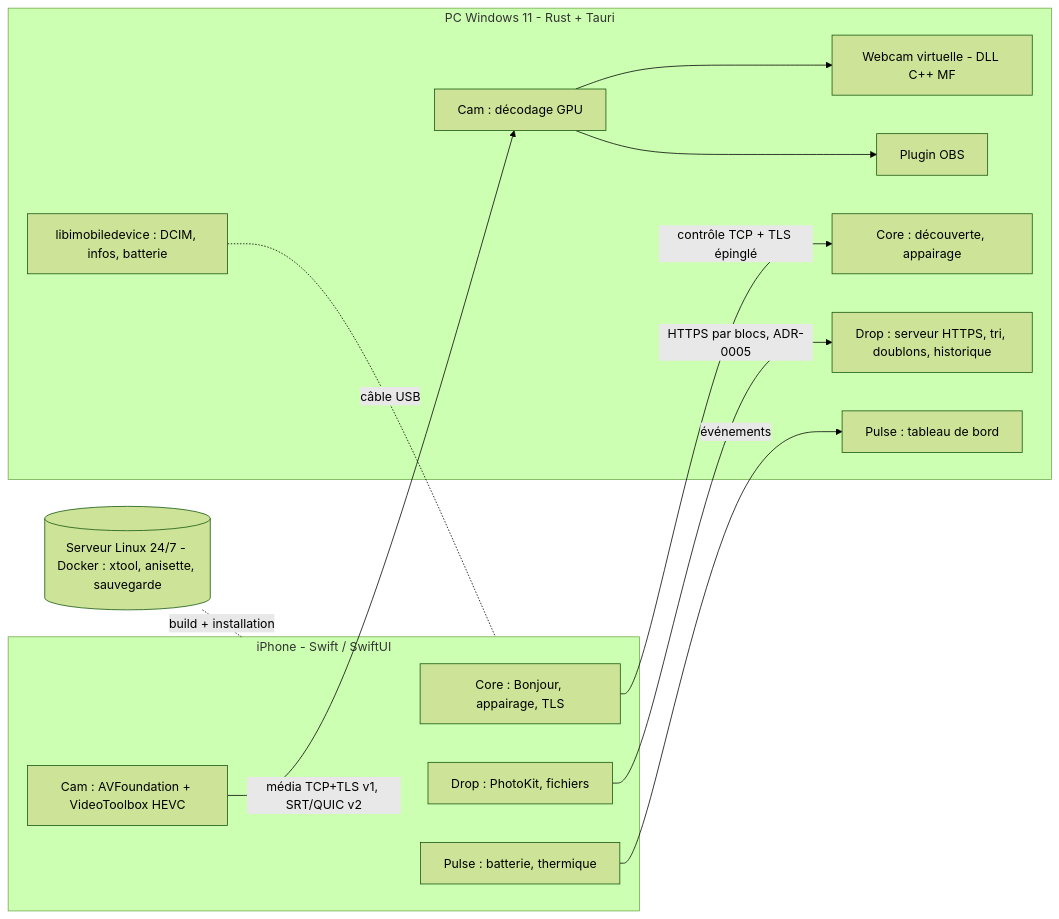
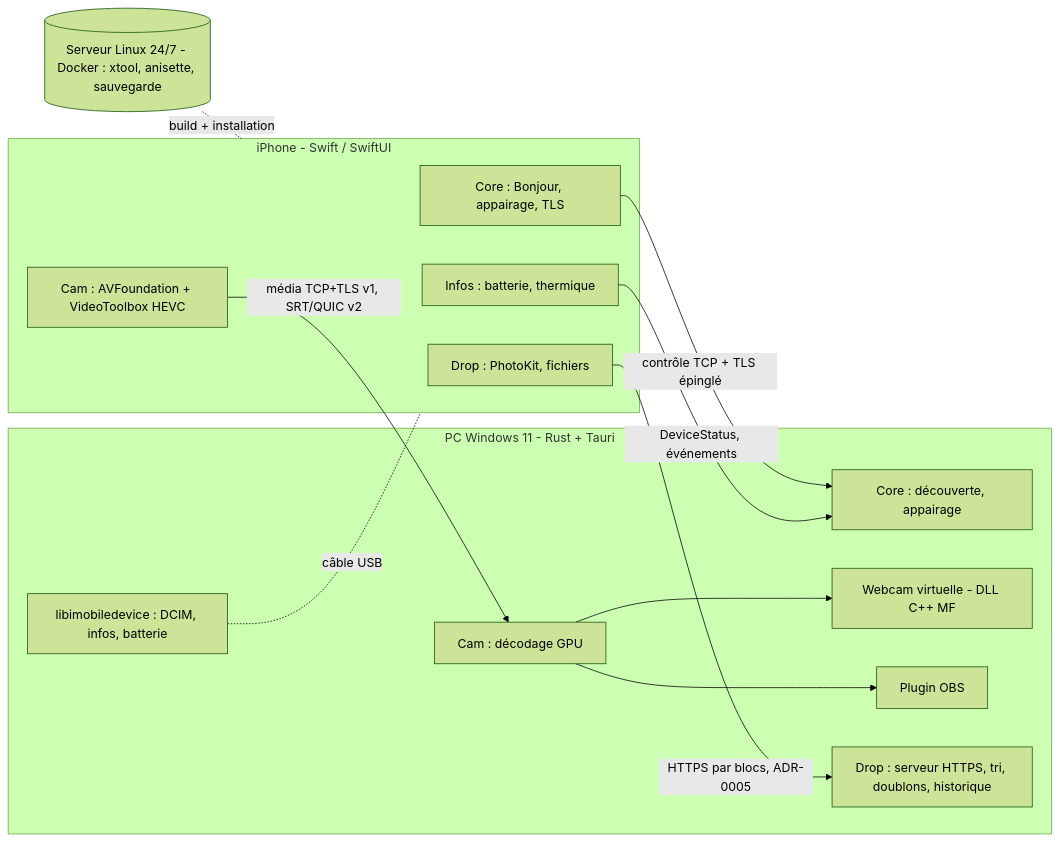
Before and after one commit to 1oma1e/Hyphn: the first of 2 diagrams in docs/ARCHITECTURE.md, drawn with Mermaid (forest theme). The commit also changed other lines of this file and 31 other files, not shown here.

````diff
--- a/docs/ARCHITECTURE.md
+++ b/docs/ARCHITECTURE.md
@@ -8,27 +8,26 @@
 ```mermaid
 flowchart LR
   subgraph IPH[iPhone - Swift / SwiftUI]
     ICore[Core : Bonjour, appairage, TLS]
     ICam[Cam : AVFoundation + VideoToolbox HEVC]
     IDrop[Drop : PhotoKit, fichiers]
-    IPulse[Pulse : batterie, thermique]
+    IInfo[Infos : batterie, thermique]
   end
   subgraph PC[PC Windows 11 - Rust + Tauri]
     PCore[Core : découverte, appairage]
     PCam[Cam : décodage GPU]
     VCam[Webcam virtuelle - DLL C++ MF]
     OBS[Plugin OBS]
     PDrop[Drop : serveur HTTPS, tri, doublons, historique]
-    PPulse[Pulse : tableau de bord]
     LIMD[libimobiledevice : DCIM, infos, batterie]
   end
   ICore -- contrôle TCP + TLS épinglé --> PCore
   ICam -- média TCP+TLS v1, SRT/QUIC v2 --> PCam
   PCam --> VCam
   PCam --> OBS
   IDrop -- HTTPS par blocs, ADR-0005 --> PDrop
-  IPulse -- événements --> PPulse
+  IInfo -- DeviceStatus, événements --> PCore
   LIMD -. câble USB .- IPH
   SRV[(Serveur Linux 24/7 - Docker : xtool, anisette, sauvegarde)]
   SRV -. build + installation .- IPH
 ```
````
